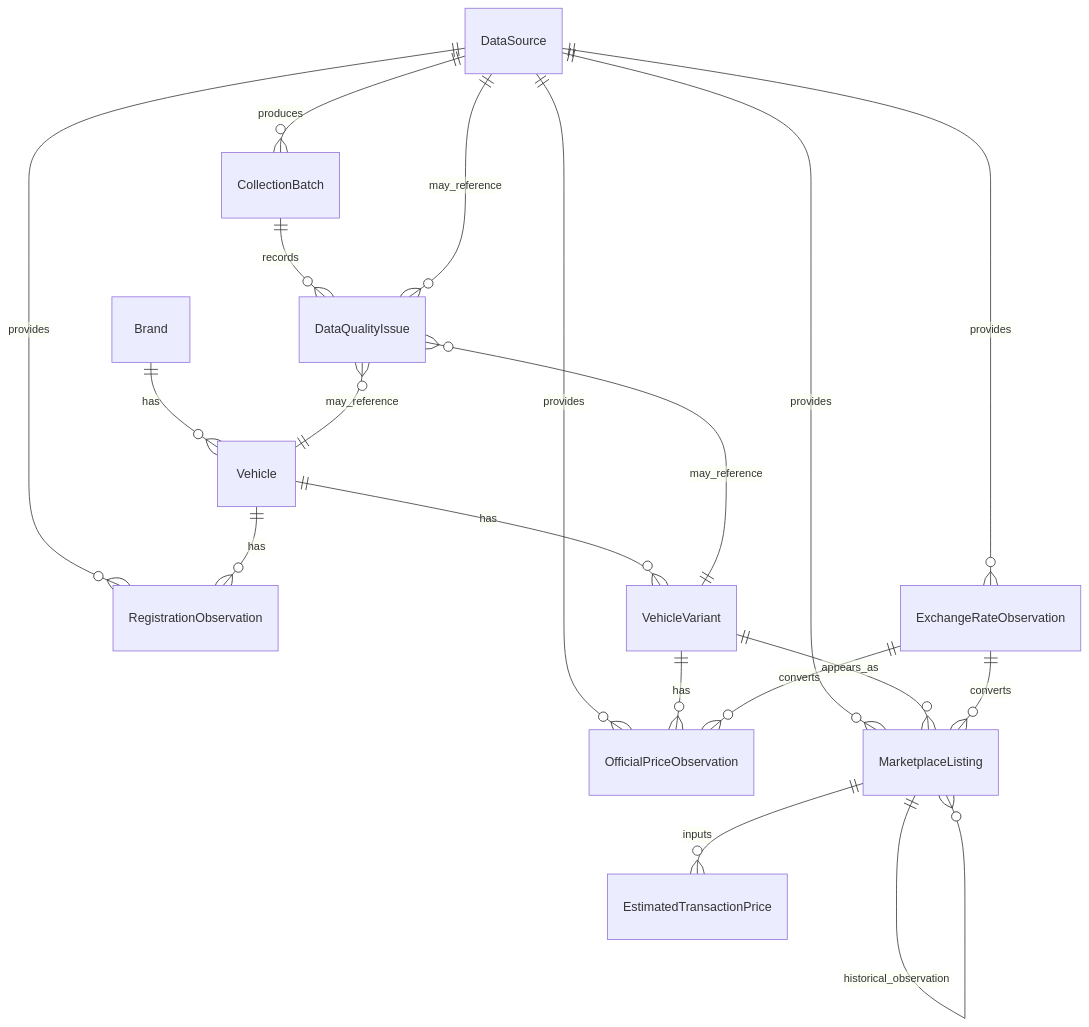
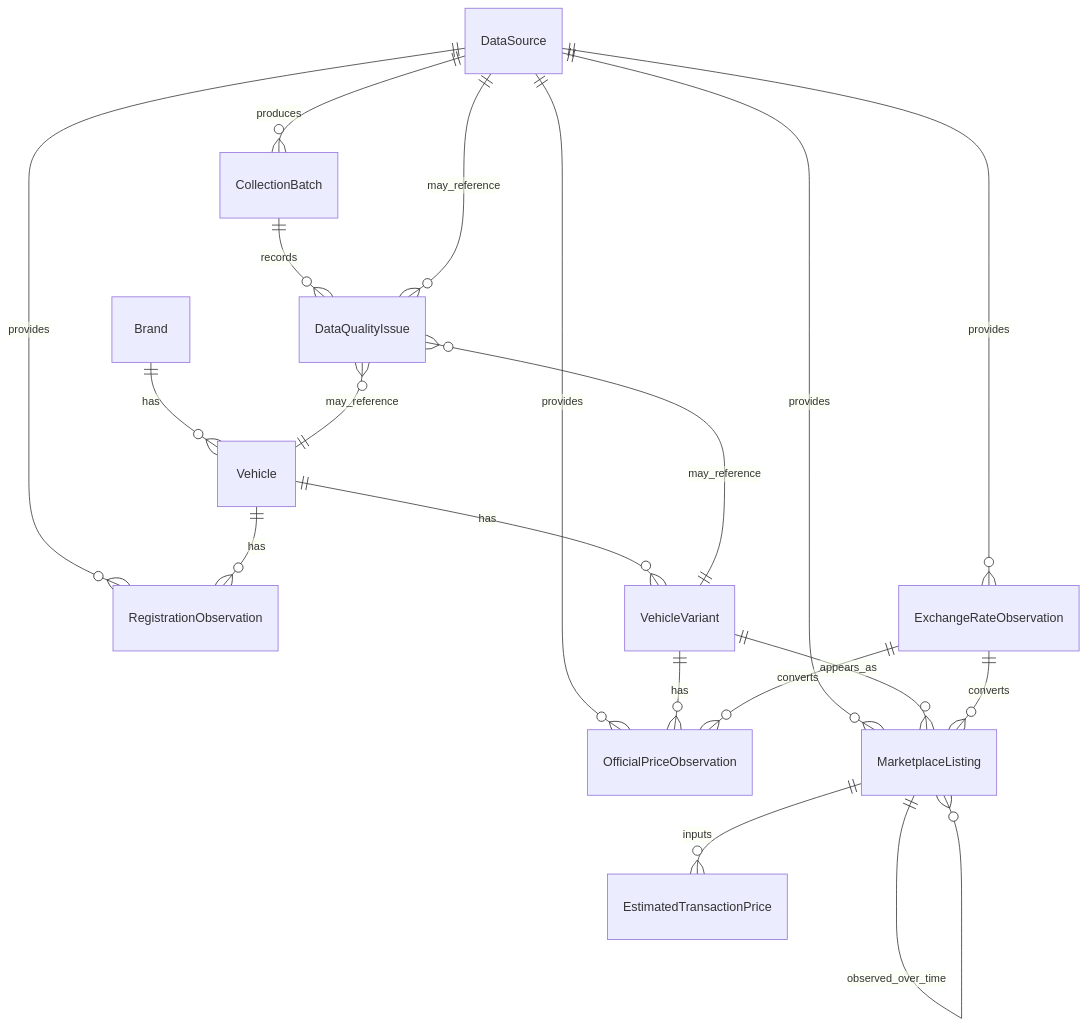
One commit to LHX650/Project-Germania changed the diagram in docs/data_model.md. Above: the diagram before and after it, drawn with Mermaid. The commit also changed other lines of this file and 7 other files, not shown here.

Commit message:
docs: complete architecture review

````diff
--- a/docs/data_model.md
+++ b/docs/data_model.md
@@ -16,21 +16,21 @@
 ```mermaid
 erDiagram
     DataSource ||--o{ CollectionBatch : produces
     DataSource ||--o{ OfficialPriceObservation : provides
     DataSource ||--o{ MarketplaceListing : provides
     DataSource ||--o{ RegistrationObservation : provides
     DataSource ||--o{ ExchangeRateObservation : provides
     Brand ||--o{ Vehicle : has
     Vehicle ||--o{ VehicleVariant : has
     Vehicle ||--o{ RegistrationObservation : has
     VehicleVariant ||--o{ OfficialPriceObservation : has
     VehicleVariant ||--o{ MarketplaceListing : appears_as
-    MarketplaceListing ||--o{ MarketplaceListing : historical_observation
+    MarketplaceListing ||--o{ MarketplaceListing : observed_over_time
     MarketplaceListing ||--o{ EstimatedTransactionPrice : inputs
     ExchangeRateObservation ||--o{ OfficialPriceObservation : converts
     ExchangeRateObservation ||--o{ MarketplaceListing : converts
     CollectionBatch ||--o{ DataQualityIssue : records
     DataQualityIssue }o--|| DataSource : may_reference
     DataQualityIssue }o--|| Vehicle : may_reference
     DataQualityIssue }o--|| VehicleVariant : may_reference
 ```
````
